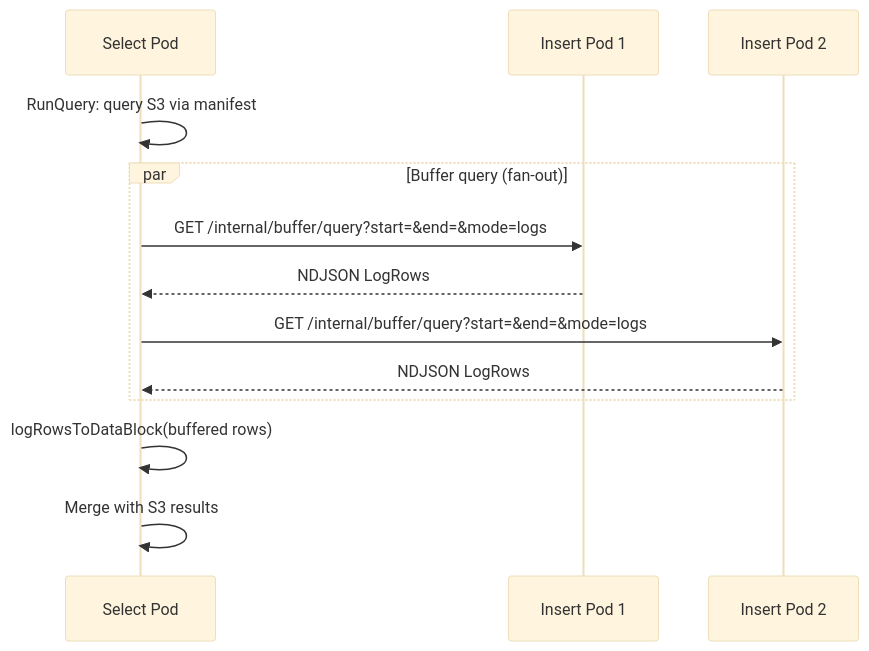
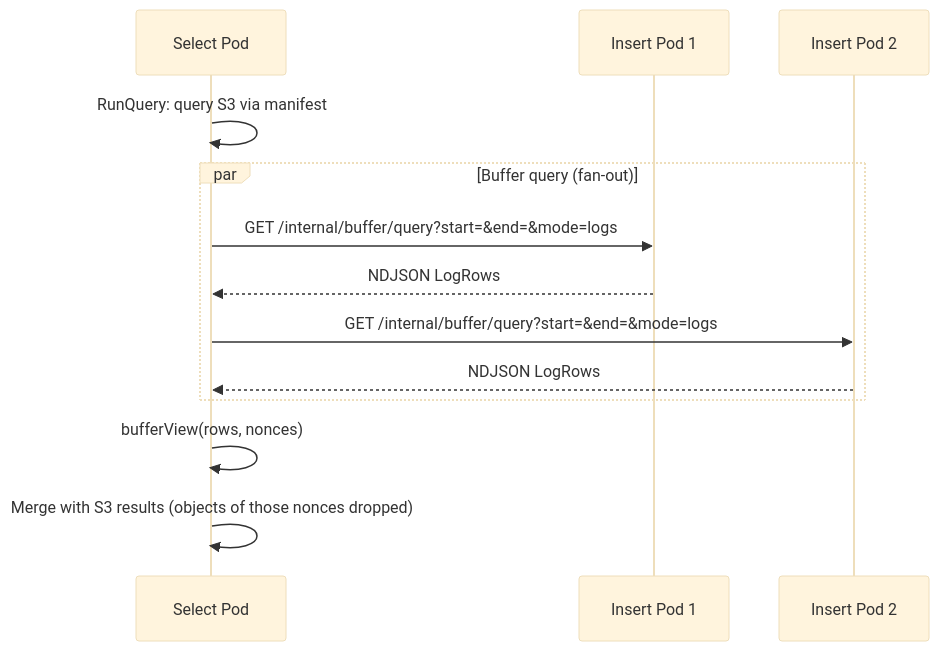
Diagram 14 of 17 in docs/storage-flow.md (ReliablyObserve/victoria-lakehouse), drawn with Mermaid (base theme) before and after one commit. The commit also changed other lines of this file and 297 other files, not shown here.

````diff
--- a/docs/storage-flow.md
+++ b/docs/storage-flow.md
@@ -450,18 +432,18 @@
 ```mermaid
 sequenceDiagram
     participant SEL as Select Pod
     participant INS1 as Insert Pod 1
     participant INS2 as Insert Pod 2
 
     SEL->>SEL: RunQuery: query S3 via manifest
     
     par Buffer query (fan-out)
         SEL->>INS1: GET /internal/buffer/query?start=&end=&mode=logs
         INS1-->>SEL: NDJSON LogRows
         SEL->>INS2: GET /internal/buffer/query?start=&end=&mode=logs
         INS2-->>SEL: NDJSON LogRows
     end
     
-    SEL->>SEL: logRowsToDataBlock(buffered rows)
-    SEL->>SEL: Merge with S3 results
+    SEL->>SEL: bufferView(rows, nonces)
+    SEL->>SEL: Merge with S3 results (objects of those nonces dropped)
 ```
````
